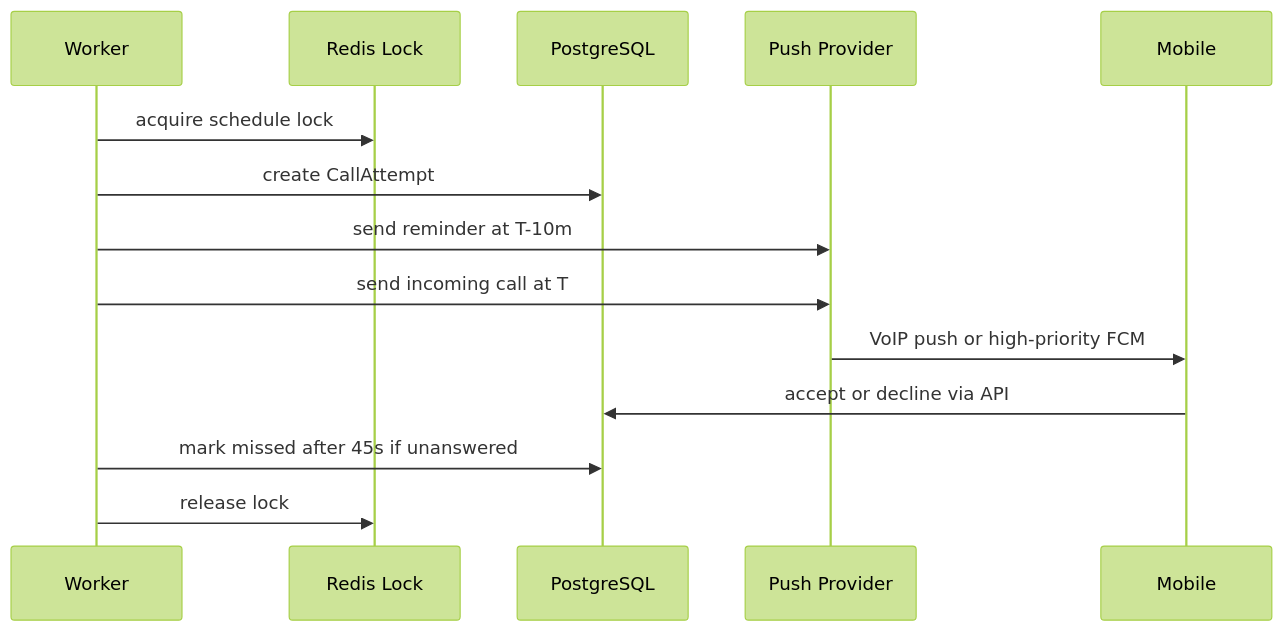
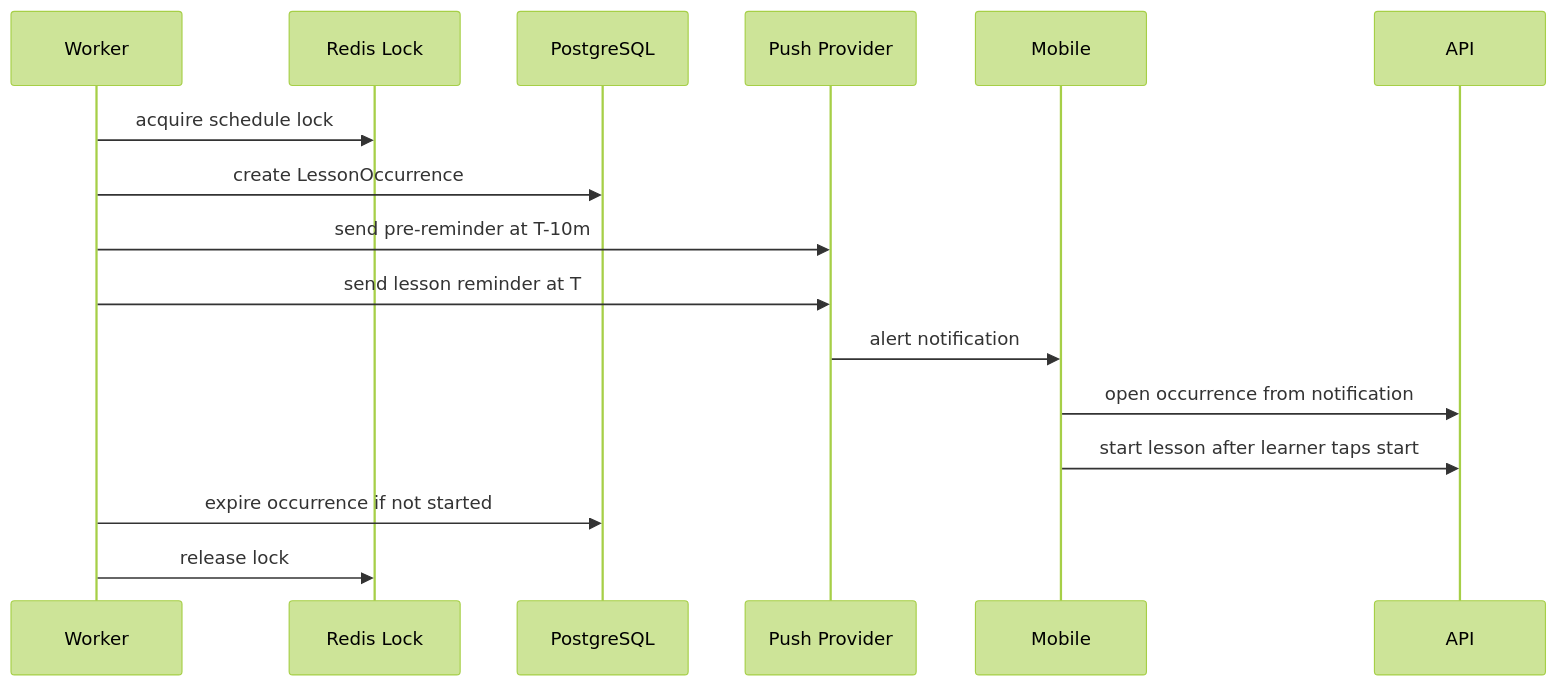
Before and after one commit to joeylee112119-alt/kbiz: the second of 3 diagrams in docs/architecture.md, drawn with Mermaid (forest theme). The commit also changed other lines of this file and 39 other files, not shown here.

Commit message:
feat: replace native call UX with lesson notifications

````diff
--- a/docs/architecture.md
+++ b/docs/architecture.md
@@ -30,16 +30,17 @@
 ```mermaid
 sequenceDiagram
   participant W as Worker
   participant R as Redis Lock
   participant DB as PostgreSQL
   participant P as Push Provider
   participant M as Mobile
   W->>R: acquire schedule lock
-  W->>DB: create CallAttempt
-  W->>P: send reminder at T-10m
-  W->>P: send incoming call at T
-  P->>M: VoIP push or high-priority FCM
-  M->>DB: accept or decline via API
-  W->>DB: mark missed after 45s if unanswered
+  W->>DB: create LessonOccurrence
+  W->>P: send pre-reminder at T-10m
+  W->>P: send lesson reminder at T
+  P->>M: alert notification
+  M->>API: open occurrence from notification
+  M->>API: start lesson after learner taps start
+  W->>DB: expire occurrence if not started
   W->>R: release lock
 ```
````
